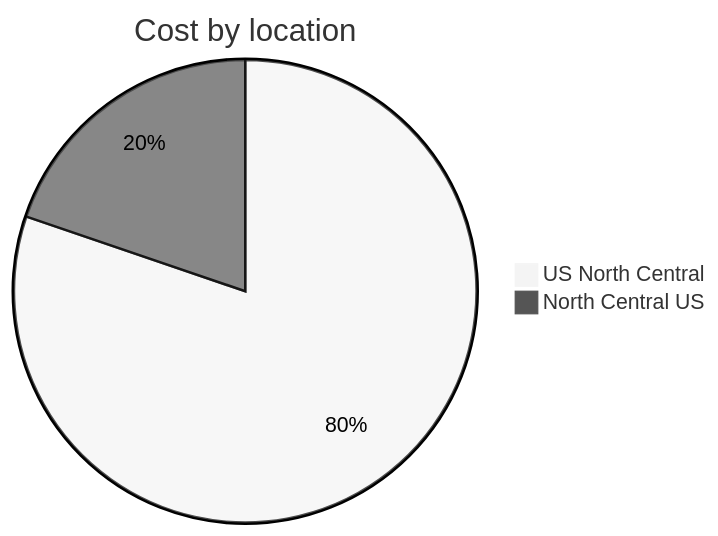
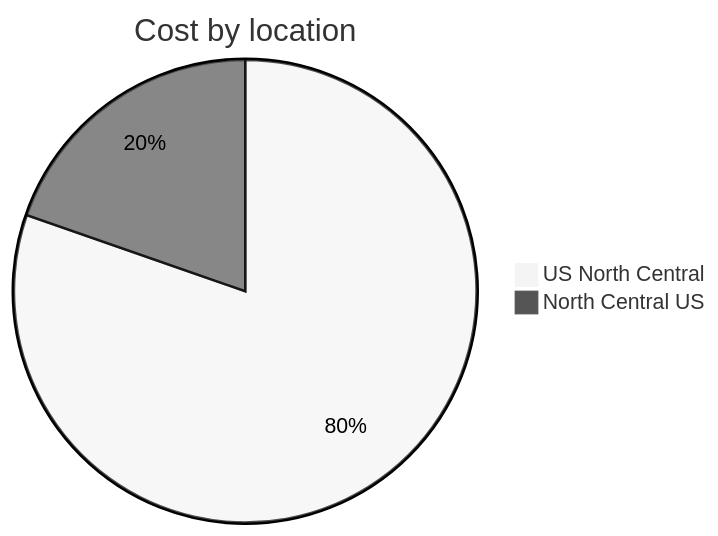
One commit to jpfulton/azure-personal-reports changed the third of 4 diagrams in cost-reports/personal-network/vpn-server_OsDisk.md. Above: the diagram before and after it, drawn with Mermaid (neutral theme). The commit also changed other lines of this file and 8 other files, not shown here.

````diff
--- a/cost-reports/personal-network/vpn-server_OsDisk.md
+++ b/cost-reports/personal-network/vpn-server_OsDisk.md
@@ -108,6 +108,6 @@
 ```mermaid
 pie
    title Cost by location
-   "US North Central" : 1.38
-   "North Central US" : 0.34
+   "US North Central" : 1.43
+   "North Central US" : 0.35
 ```
````
